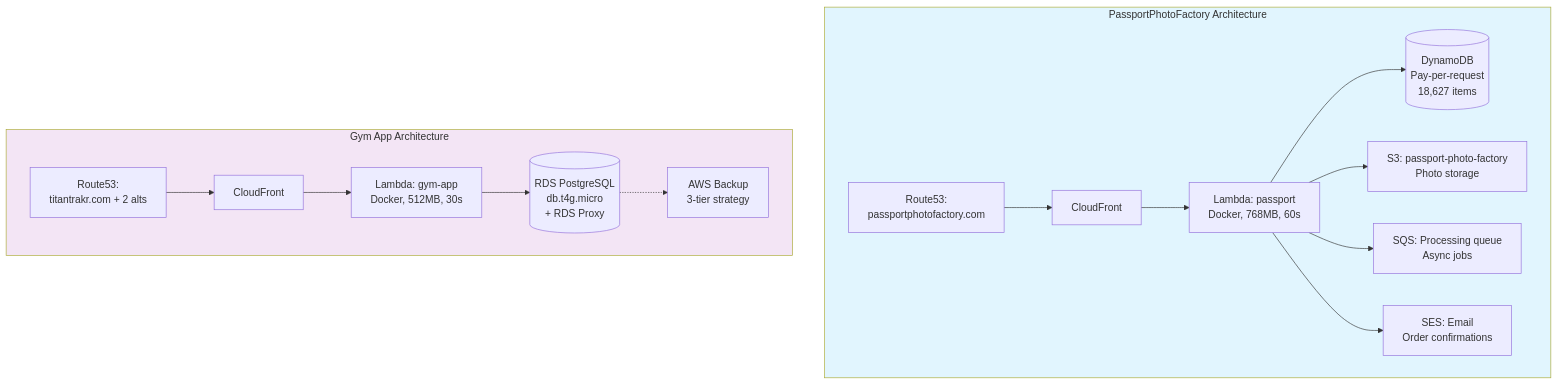
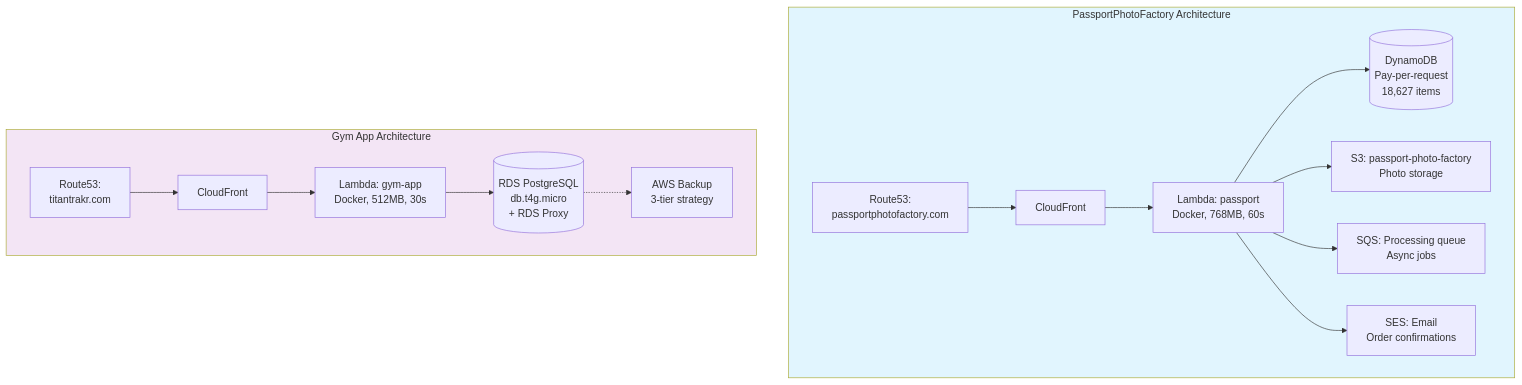
Before and after one commit to fibbonacciBear/gym_app: diagram 14 of 17 in infrastructure/AWS_DEPLOYMENT_ARCHITECTURE.md, drawn with Mermaid. The commit also changed other lines of this file and 57 other files, not shown here.

````diff
--- a/infrastructure/AWS_DEPLOYMENT_ARCHITECTURE.md
+++ b/infrastructure/AWS_DEPLOYMENT_ARCHITECTURE.md
@@ -729,35 +722,35 @@
 ```mermaid
 graph TB
     subgraph PFF["PassportPhotoFactory Architecture"]
         PFFDNS[Route53:<br/>passportphotofactory.com]
         PFFCF[CloudFront]
         PFFLambda[Lambda: passport<br/>Docker, 768MB, 60s]
         PFFDB[(DynamoDB<br/>Pay-per-request<br/>18,627 items)]
         PFFS3[S3: passport-photo-factory<br/>Photo storage]
         PFFSQS[SQS: Processing queue<br/>Async jobs]
         PFFSES[SES: Email<br/>Order confirmations]
         
         PFFDNS --> PFFCF
         PFFCF --> PFFLambda
         PFFLambda --> PFFDB
         PFFLambda --> PFFS3
         PFFLambda --> PFFSQS
         PFFLambda --> PFFSES
     end
     
     subgraph GYM["Gym App Architecture"]
-        GYMDNS[Route53:<br/>titantrakr.com + 2 alts]
+        GYMDNS[Route53:<br/>titantrakr.com]
         GYMCF[CloudFront]
         GYMLambda[Lambda: gym-app<br/>Docker, 512MB, 30s]
         GYMDB[(RDS PostgreSQL<br/>db.t4g.micro<br/>+ RDS Proxy)]
         GYMBackup[AWS Backup<br/>3-tier strategy]
         
         GYMDNS --> GYMCF
         GYMCF --> GYMLambda
         GYMLambda --> GYMDB
         GYMDB -.-> GYMBackup
     end
     
     style PFF fill:#E1F5FE
     style GYM fill:#F3E5F5
 ```
````
